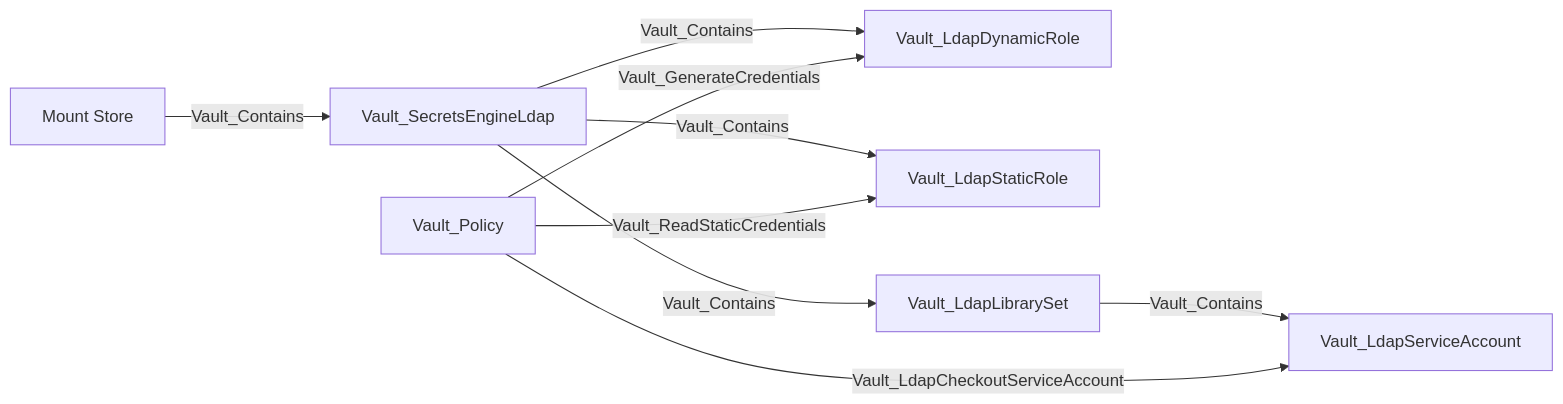
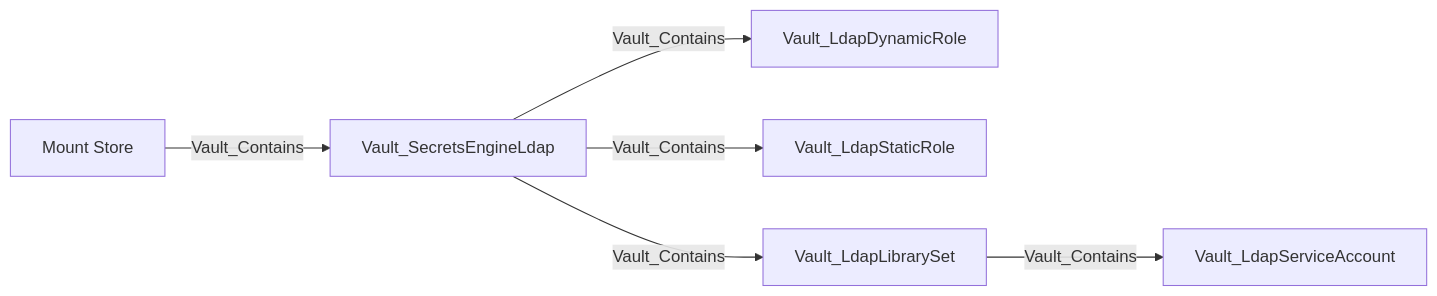
Before and after one commit to bytewreck/opengraph-vault: diagram 18 of 29 in Documentation/stores/MOUNTS.md, drawn with Mermaid. The commit also changed other lines of this file and 3 other files, not shown here.

````diff
--- a/Documentation/stores/MOUNTS.md
+++ b/Documentation/stores/MOUNTS.md
@@ -305,11 +287,8 @@
 ```mermaid
 flowchart LR
     store[Mount Store] -->|Vault_Contains| mount[Vault_SecretsEngineLdap]
     mount -->|Vault_Contains| dynamic[Vault_LdapDynamicRole]
     mount -->|Vault_Contains| static[Vault_LdapStaticRole]
     mount -->|Vault_Contains| library[Vault_LdapLibrarySet]
     library -->|Vault_Contains| account[Vault_LdapServiceAccount]
-    policy[Vault_Policy] -->|Vault_GenerateCredentials| dynamic
-    policy -->|Vault_ReadStaticCredentials| static
-    policy -->|Vault_LdapCheckoutServiceAccount| account
 ```
````
